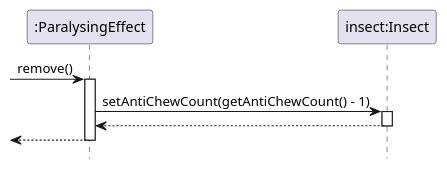
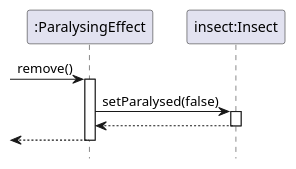
The diagram in ParalysingEffect/wearoff.pu (ZD4ve/projlab-error521), drawn with PlantUML before and after one commit. The commit also changed 1 other file, not shown here.

```diff
--- a/ParalysingEffect/wearoff.pu
+++ b/ParalysingEffect/wearoff.pu
@@ -1,19 +1,19 @@
 @startuml ParalysingEffect/wearoff
 hide footbox
 
 participant ":ParalysingEffect" as effect
 participant "insect:Insect" as target
 
 -> effect : remove()
 activate effect
 
 
 'TODO itt gondolom valami másra volt gondolva nem a chewcountra
 '       pl setParalysed(false)?
-effect -> target : setAntiChewCount(getAntiChewCount() - 1)
+effect -> target : setParalysed(false)
 activate target
 return
 
 return
 
 @enduml
```
